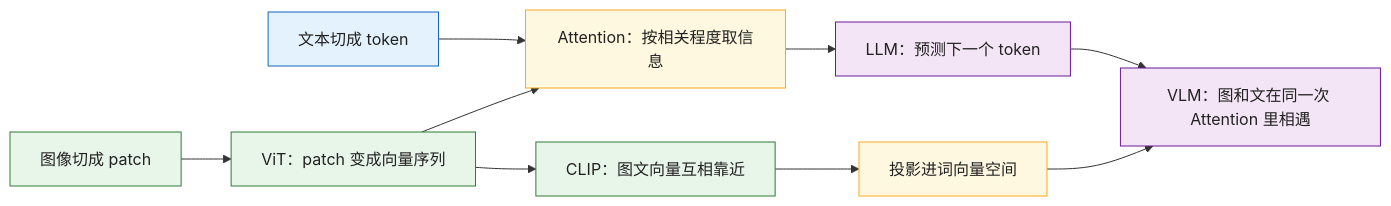
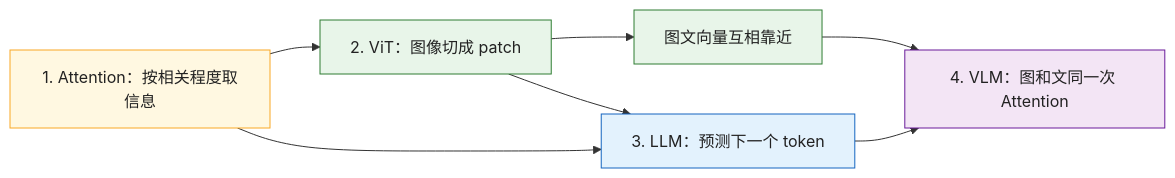
One commit to KwanWaiPang/KwanWaiPang.github.io changed the diagram in _posts/2026-10-03-从Transformer到VLM.md. Above: the diagram before and after it, drawn with Mermaid. The commit also changed other lines of this file, not shown here.

First line of the commit message:
按 Transformer、ViT、LLM、VLM 的顺序重写笔记

```diff
--- a/_posts/2026-10-03-从Transformer到VLM.md
+++ b/_posts/2026-10-03-从Transformer到VLM.md
@@ -32,21 +37,19 @@
 <div class="mermaid" style="display: flex; justify-content: center; width: 100%; margin: 0 auto;">
 flowchart LR
     classDef textCls fill:#E3F2FD,stroke:#1565C0,color:#222
     classDef visCls fill:#E8F5E9,stroke:#2E7D32,color:#222
     classDef coreCls fill:#FFF8E1,stroke:#F9A825,color:#222
     classDef outCls fill:#F3E5F5,stroke:#6A1B9A,color:#222
 
-    TOK["文本切成 token"] --> ATT["Attention：按相关程度取信息"]
-    IMG["图像切成 patch"] --> VIT["ViT：patch 变成向量序列"]
-    VIT --> ATT
-    ATT --> LLM["LLM：预测下一个 token"]
-    VIT --> CLIP["CLIP：图文向量互相靠近"]
-    CLIP --> PROJ["投影进词向量空间"]
-    LLM --> VLM["VLM：图和文在同一次 Attention 里相遇"]
-    PROJ --> VLM
+    ATT["1. Attention：按相关程度取信息"] --> VIT["2. ViT：图像切成 patch"]
+    VIT --> LLM["3. LLM：预测下一个 token"]
+    ATT --> LLM
+    VIT --> CLIP["图文向量互相靠近"]
+    CLIP --> VLM["4. VLM：图和文同一次 Attention"]
+    LLM --> VLM
 
-    class TOK textCls
-    class IMG,VIT,CLIP visCls
-    class ATT,PROJ coreCls
-    class LLM,VLM outCls
+    class ATT coreCls
+    class VIT,CLIP visCls
+    class LLM textCls
+    class VLM outCls
 </div>
```
